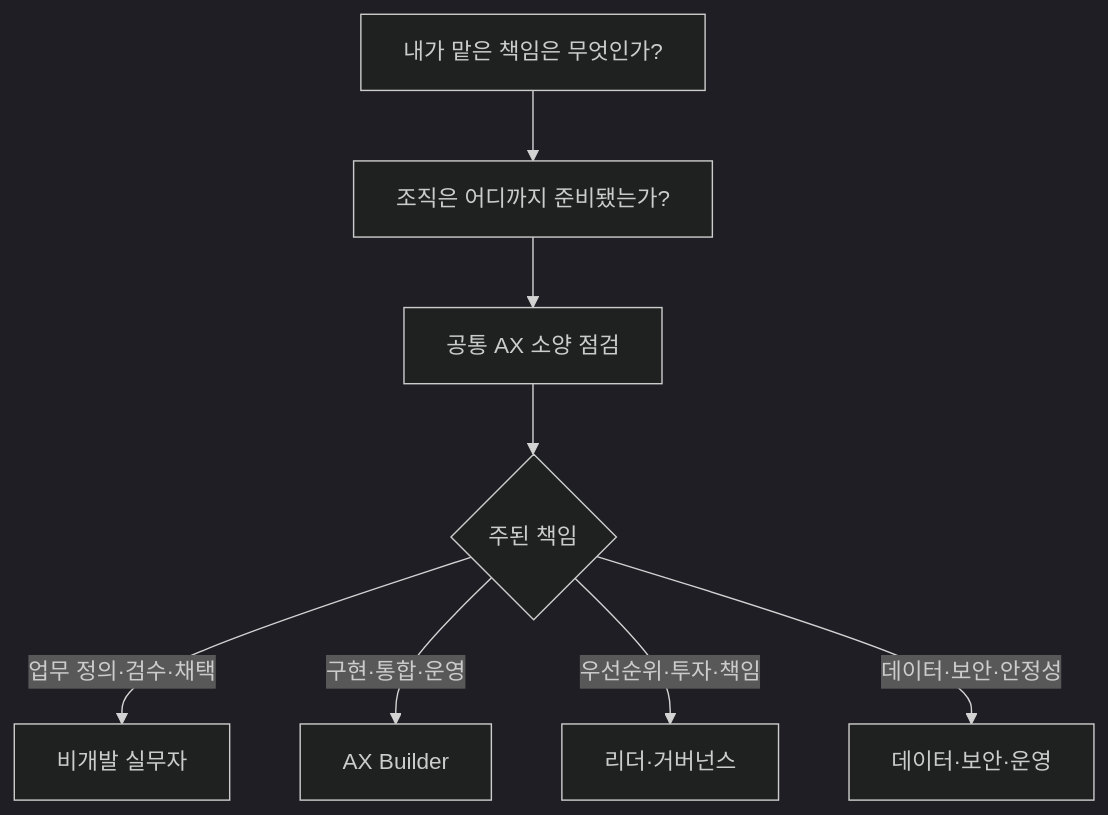
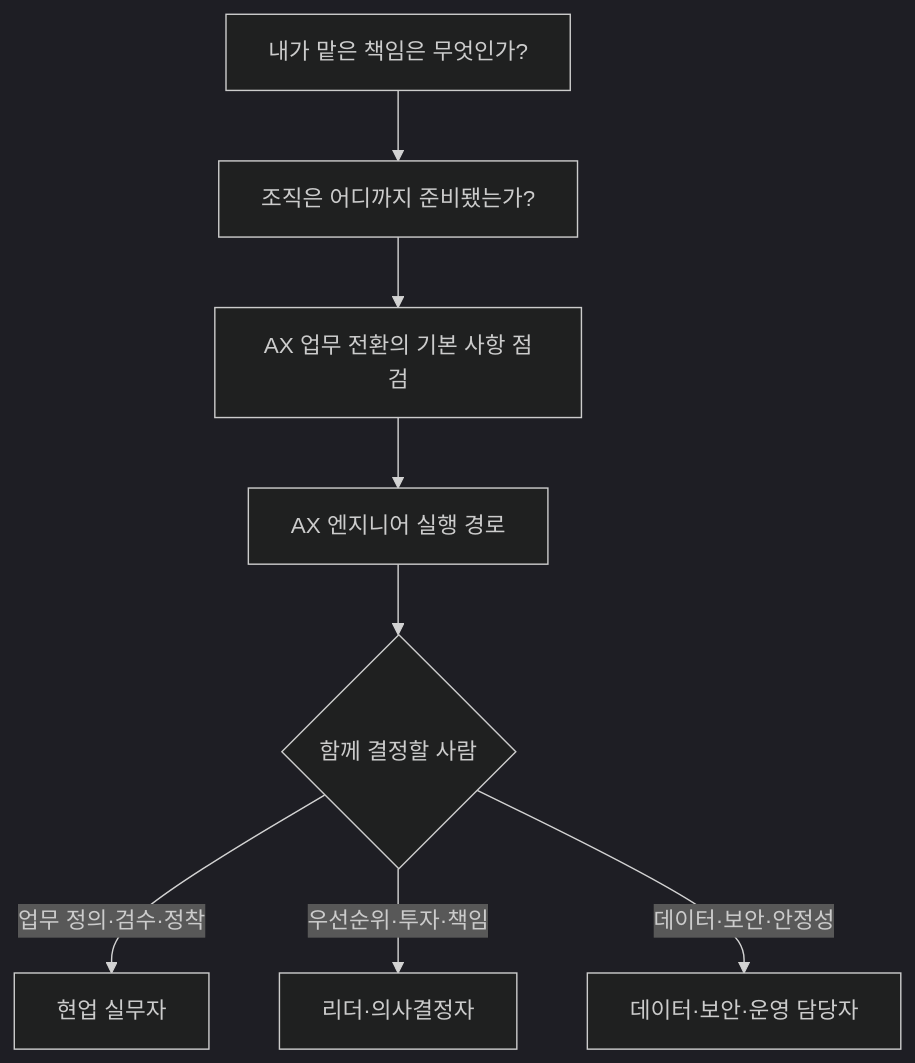
One commit to woogi-kang/ax-engineer-roadmap changed the diagram in start-here/README.md. Above: the diagram before and after it, drawn with Mermaid (dark theme). The commit also changed other lines of this file and 91 other files, not shown here.

Commit message:
docs: make the roadmap AX Engineer focused

````diff
--- a/start-here/README.md
+++ b/start-here/README.md
@@ -5,10 +5,10 @@
 ```mermaid
 flowchart TD
     A["내가 맡은 책임은 무엇인가?"] --> B["조직은 어디까지 준비됐는가?"]
-    B --> C["공통 AX 소양 점검"]
-    C --> D{"주된 책임"}
-    D -->|"업무 정의·검수·채택"| E["비개발 실무자"]
-    D -->|"구현·통합·운영"| F["AX Builder"]
-    D -->|"우선순위·투자·책임"| G["리더·거버넌스"]
-    D -->|"데이터·보안·안정성"| H["데이터·보안·운영"]
+    B --> C["AX 업무 전환의 기본 사항 점검"]
+    C --> D["AX 엔지니어 실행 경로"]
+    D --> E{"함께 결정할 사람"}
+    E -->|"업무 정의·검수·정착"| F["현업 실무자"]
+    E -->|"우선순위·투자·책임"| G["리더·의사결정자"]
+    E -->|"데이터·보안·안정성"| H["데이터·보안·운영 담당자"]
 ```
````
